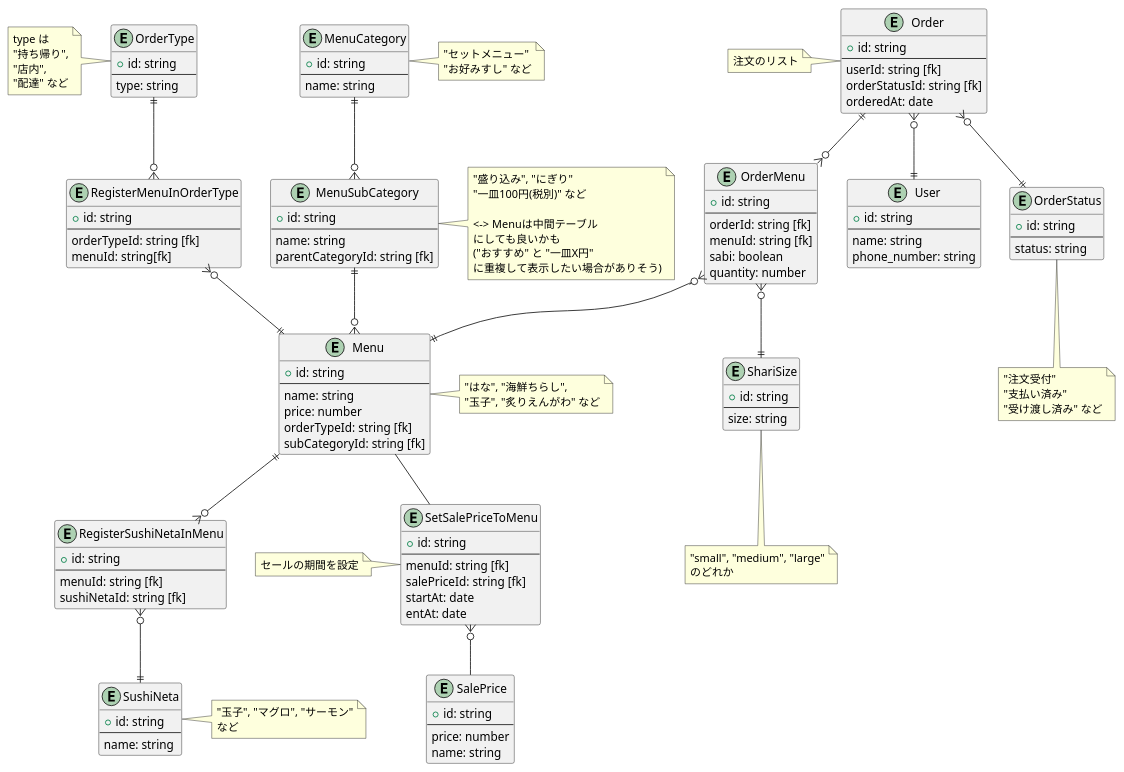
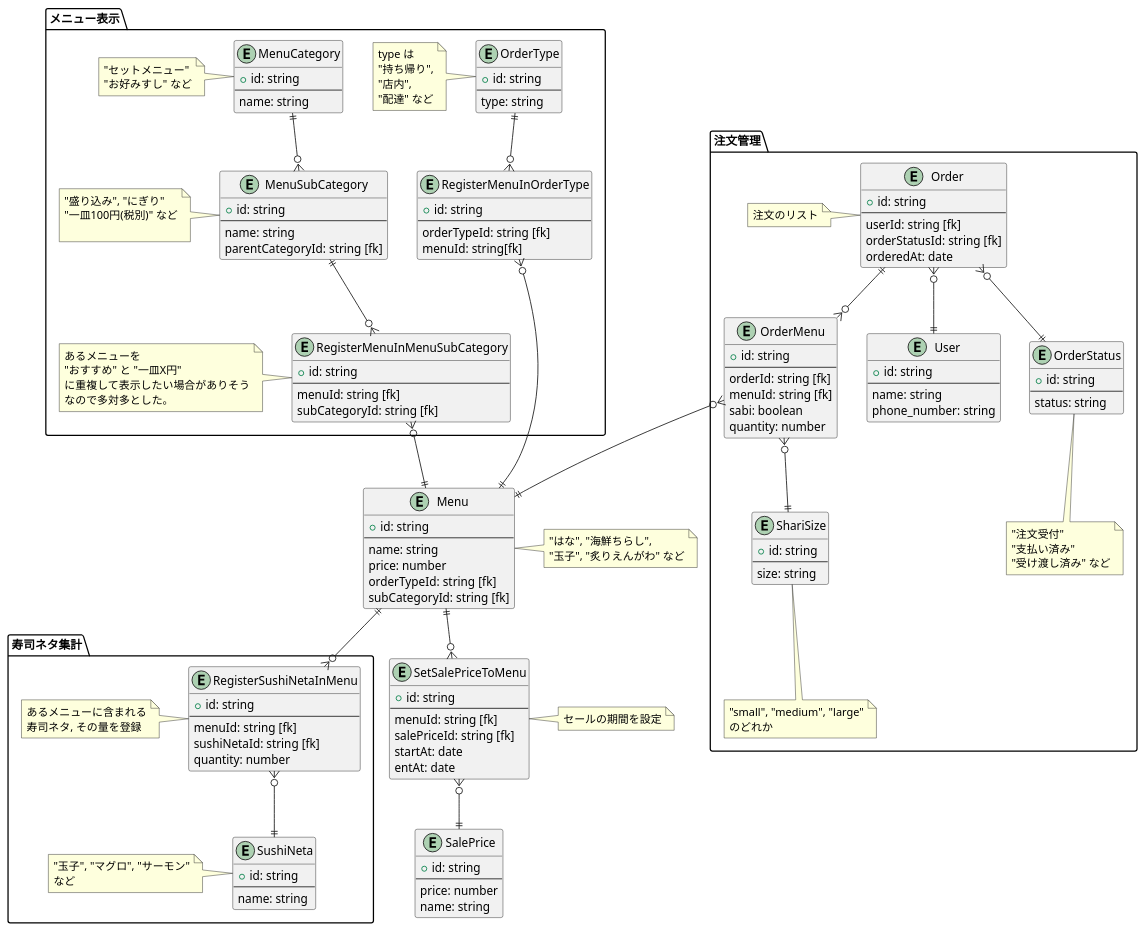
Before and after one commit to sushidesu/prahachallenge: the second of 2 diagrams in 03_データベース/14_DBモデリング1 /DBモデリング1.md, drawn with PlantUML. The commit also changed other lines of this file and 1 other file, not shown here.

Commit message:
DBモデリング1: 設計を修正

````diff
--- a/03_データベース/14_DBモデリング1 /DBモデリング1.md
+++ b/03_データベース/14_DBモデリング1 /DBモデリング1.md
@@ -205,49 +207,4 @@
 ```plantuml
-Entity OrderType {
-  + id: string
-  --
-  type: string
-}
-note left
-type は
-"持ち帰り",
-"店内",
-"配達" など
-end note
-
-Entity RegisterMenuInOrderType {
-  + id: string
-  --
-  orderTypeId: string [fk]
-  menuId: string[fk]
-}
-
-Entity MenuCategory {
-  + id: string
-  --
-  name: string
-}
-note right
-"セットメニュー"
-"お好みすし" など
-end note
-
-Entity MenuSubCategory {
-  + id: string
-  --
-  name: string
-  parentCategoryId: string [fk]
-}
-note right
-"盛り込み", "にぎり"
-"一皿100円(税別)" など
-
-<-> Menuは中間テーブル
-にしても良いかも
-("おすすめ" と "一皿X円"
-に重複して表示したい場合がありそう)
-end note
-
 Entity Menu {
   + id: string
   --
@@ -261,75 +218,152 @@
 "玉子", "炙りえんがわ" など
 end note
 
-OrderType ||--o{ RegisterMenuInOrderType
-RegisterMenuInOrderType }o--|| Menu
-MenuCategory ||--o{ MenuSubCategory
-MenuSubCategory ||--o{ Menu
+package メニュー表示 {
+  Entity MenuCategory {
+    + id: string
+    --
+    name: string
+  }
+  note left
+  "セットメニュー"
+  "お好みすし" など
+  end note
 
-Entity SushiNeta {
-  + id: string
-  --
-  name: string
-}
-note right
-"玉子", "マグロ", "サーモン"
-など
-end note
+  Entity MenuSubCategory {
+    + id: string
+    --
+    name: string
+    parentCategoryId: string [fk]
+  }
+  note left
+  "盛り込み", "にぎり"
+  "一皿100円(税別)" など
 
-Entity RegisterSushiNetaInMenu {
-  + id: string
-  --
-  menuId: string [fk]
-  sushiNetaId: string [fk]
+  end note
+
+  Entity RegisterMenuInMenuSubCategory {
+    + id: string
+    --
+    menuId: string [fk]
+    subCategoryId: string [fk]
+  }
+  note left
+  あるメニューを
+  "おすすめ" と "一皿X円"
+  に重複して表示したい場合がありそう
+  なので多対多とした。
+  end note
+
+  Entity OrderType {
+    + id: string
+    --
+    type: string
+  }
+  note left
+  type は
+  "持ち帰り",
+  "店内",
+  "配達" など
+  end note
+
+  Entity RegisterMenuInOrderType {
+    + id: string
+    --
+    orderTypeId: string [fk]
+    menuId: string[fk]
+  }
+
+  OrderType ||--o{ RegisterMenuInOrderType
+  RegisterMenuInOrderType }o--|| Menu
+  MenuCategory ||--o{ MenuSubCategory
+  MenuSubCategory ||--o{ RegisterMenuInMenuSubCategory
+  RegisterMenuInMenuSubCategory }o--|| Menu
 }
 
-Entity Order {
-  + id: string
-  --
-  userId: string [fk]
-  orderStatusId: string [fk]
-  orderedAt: date
-}
-note left
-注文のリスト
-end note
 
-Entity OrderMenu {
-  + id: string
-  --
-  orderId: string [fk]
-  menuId: string [fk]
-  sabi: boolean
-  quantity: number
+
+package 注文管理 {
+  Entity Order {
+    + id: string
+    --
+    userId: string [fk]
+    orderStatusId: string [fk]
+    orderedAt: date
+  }
+  note left
+  注文のリスト
+  end note
+
+  Entity OrderMenu {
+    + id: string
+    --
+    orderId: string [fk]
+    menuId: string [fk]
+    sabi: boolean
+    quantity: number
+  }
+
+  Entity ShariSize {
+    + id: string
+    --
+    size: string
+  }
+  note bottom
+  "small", "medium", "large"
+  のどれか
+  end note
+
+  Entity User {
+    + id: string
+    --
+    name: string
+    phone_number: string
+  }
+
+  Entity OrderStatus {
+    + id: string
+    --
+    status: string
+  }
+  note bottom
+  "注文受付"
+  "支払い済み"
+  "受け渡し済み" など
+  end note
+
+  Order ||--o{ OrderMenu
+  Order }o--|| User
+  Order }o--|| OrderStatus
+  OrderMenu }o--|| Menu
+  OrderMenu }o--|| ShariSize
 }
 
-Entity ShariSize {
-  + id: string
-  --
-  size: string
+package 寿司ネタ集計 {
+  Entity SushiNeta {
+    + id: string
+    --
+    name: string
+  }
+  note left
+  "玉子", "マグロ", "サーモン"
+  など
+  end note
+
+  Entity RegisterSushiNetaInMenu {
+    + id: string
+    --
+    menuId: string [fk]
+    sushiNetaId: string [fk]
+    quantity: number
+  }
+  note left
+  あるメニューに含まれる
+  寿司ネタ, その量を登録
+  end note
+
+  Menu ||--o{ RegisterSushiNetaInMenu
+  RegisterSushiNetaInMenu }o--|| SushiNeta
 }
-note bottom
-"small", "medium", "large"
-のどれか
-end note
-
-Entity User {
-  + id: string
-  --
-  name: string
-  phone_number: string
-}
-
-Entity OrderStatus {
-  + id: string
-  --
-  status: string
-}
-note bottom
-"注文受付"
-"支払い済み"
-"受け渡し済み" など
-end note
 
 Entity SalePrice {
   + id: string
@@ -346,17 +380,8 @@
   startAt: date
   entAt: date
 }
-note left: セールの期間を設定
+note right: セールの期間を設定
 
-Menu -- SetSalePriceToMenu
-SetSalePriceToMenu }o-- SalePrice
-
-Order ||--o{ OrderMenu
-Order }o--|| User
-Order }o--|| OrderStatus
-OrderMenu }o--|| Menu
-OrderMenu }o--|| ShariSize
-
-Menu ||--o{ RegisterSushiNetaInMenu
-RegisterSushiNetaInMenu }o--|| SushiNeta
+Menu ||--o{ SetSalePriceToMenu
+SetSalePriceToMenu }o--|| SalePrice
 ```
````
